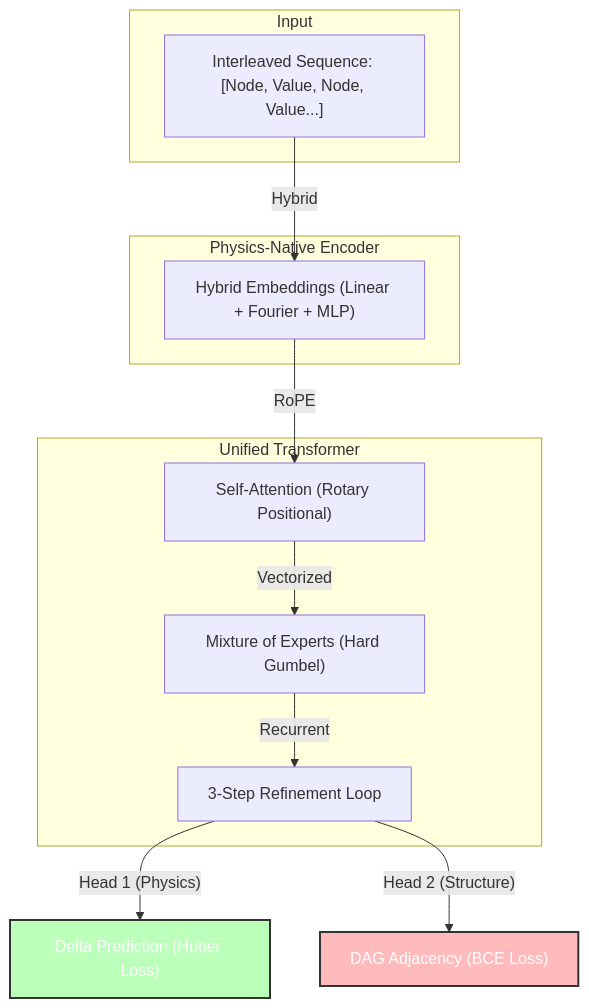
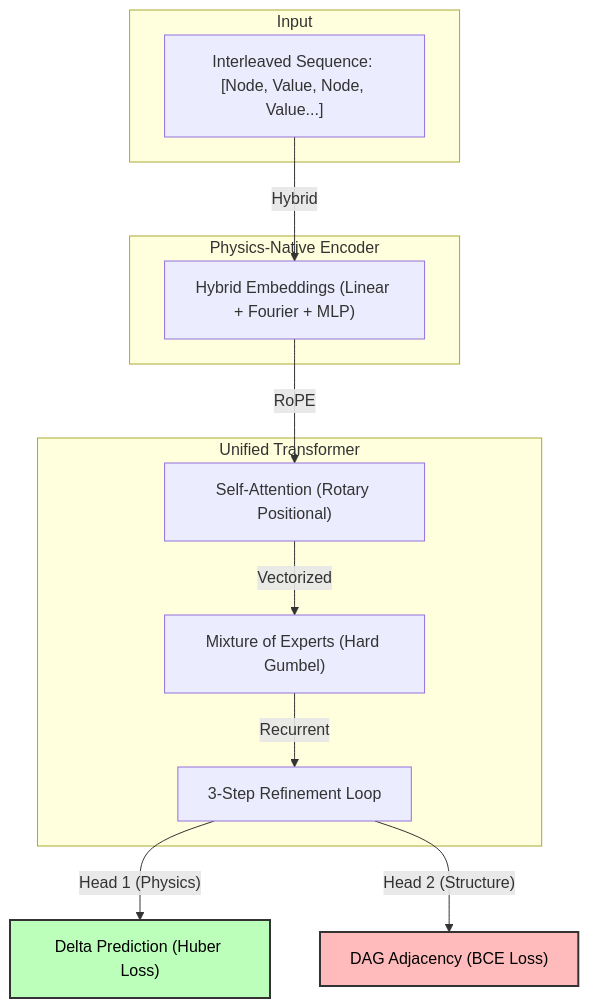
One commit to MeiisamMahmoodii/MultiModelDeltaPredictor changed the diagram in README.md. Above: the diagram before and after it, drawn with Mermaid.

````diff
--- a/README.md
+++ b/README.md
@@ -32,22 +32,22 @@
 ```mermaid
 graph TD
     subgraph Input
     Seq["Interleaved Sequence: [Node, Value, Node, Value...]"]
     end
     
     subgraph "Physics-Native Encoder"
     Seq -->|Hybrid| Emb["Hybrid Embeddings (Linear + Fourier + MLP)"]
     end
     
     subgraph "Unified Transformer"
     Emb -->|RoPE| Attn["Self-Attention (Rotary Positional)"]
     Attn -->|Vectorized| MoE["Mixture of Experts (Hard Gumbel)"]
     MoE -->|Recurrent| Refine["3-Step Refinement Loop"]
     end
     
     Refine -->|"Head 1 (Physics)"| Delta["Delta Prediction (Huber Loss)"]
     Refine -->|"Head 2 (Structure)"| Graph["DAG Adjacency (BCE Loss)"]
 
-    style Delta fill:#bfb,stroke:#333,stroke-width:2px,color:#fff
-    style Graph fill:#fbb,stroke:#333,stroke-width:2px,color:#fff
+    style Delta fill:#bfb,stroke:#333,stroke-width:2px,color:#000
+    style Graph fill:#fbb,stroke:#333,stroke-width:2px,color:#000
 ```
````
